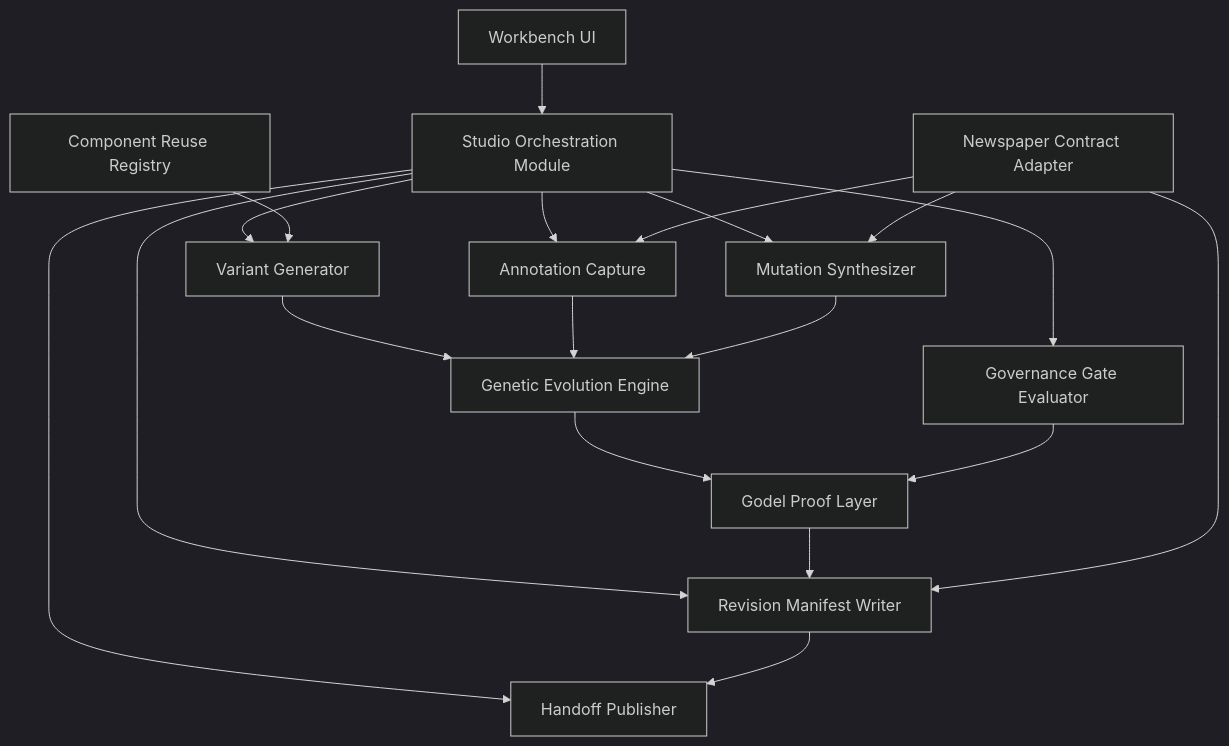
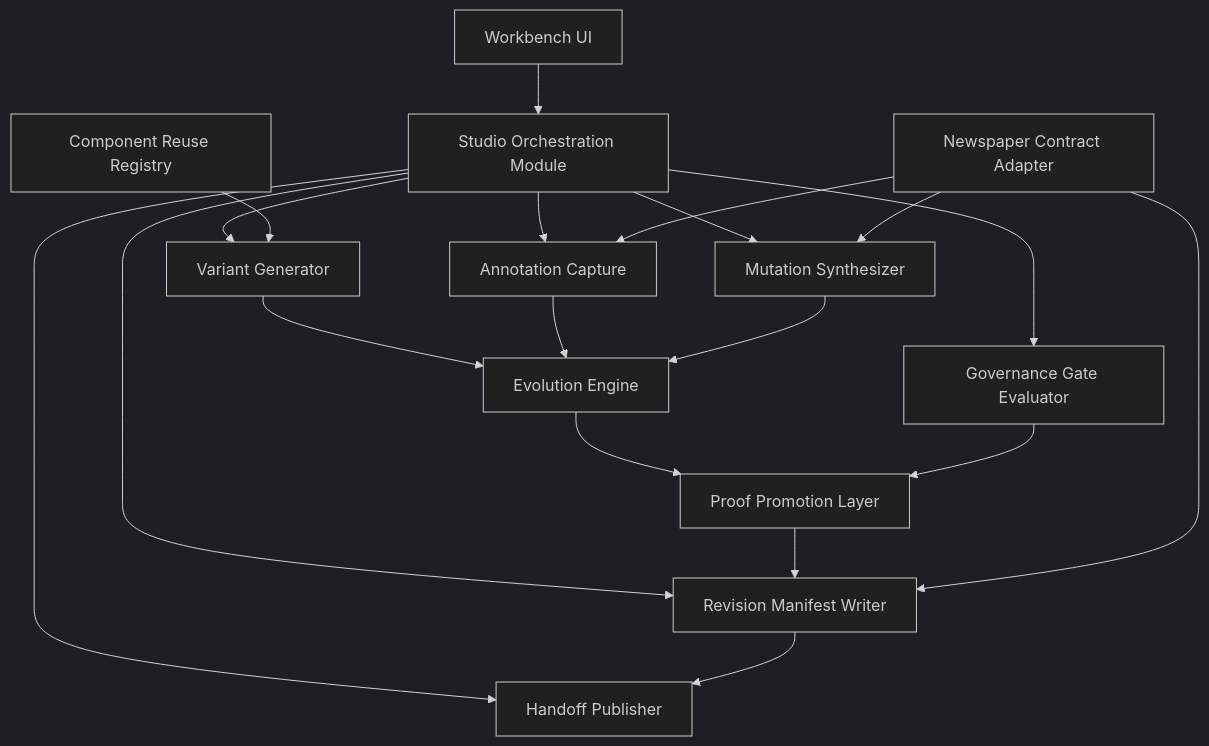
One commit to cyberAlchemyAI/domainspec changed the first of 2 diagrams in docs/features/ui-prototyping-studio/ARCHITECTURE.md. Above: the diagram before and after it, drawn with Mermaid (dark theme). The commit also changed other lines of this file and 22 other files, not shown here.

````diff
--- a/docs/features/ui-prototyping-studio/ARCHITECTURE.md
+++ b/docs/features/ui-prototyping-studio/ARCHITECTURE.md
@@ -57,23 +60,23 @@
 ```mermaid
 graph TD
     A[Workbench UI] --> B[Studio Orchestration Module]
     B --> C[Variant Generator]
     B --> D[Annotation Capture]
     B --> E[Mutation Synthesizer]
     B --> F[Governance Gate Evaluator]
     B --> G[Revision Manifest Writer]
     B --> H[Handoff Publisher]
 
-    C --> I[Genetic Evolution Engine]
+    C --> I[Evolution Engine]
     D --> I
     E --> I
-    I --> J[Godel Proof Layer]
+    I --> J[Proof Promotion Layer]
     F --> J
     J --> G
     G --> H
 
     K[Component Reuse Registry] --> C
     L[Newspaper Contract Adapter] --> D
     L --> E
     L --> G
 ```
````
